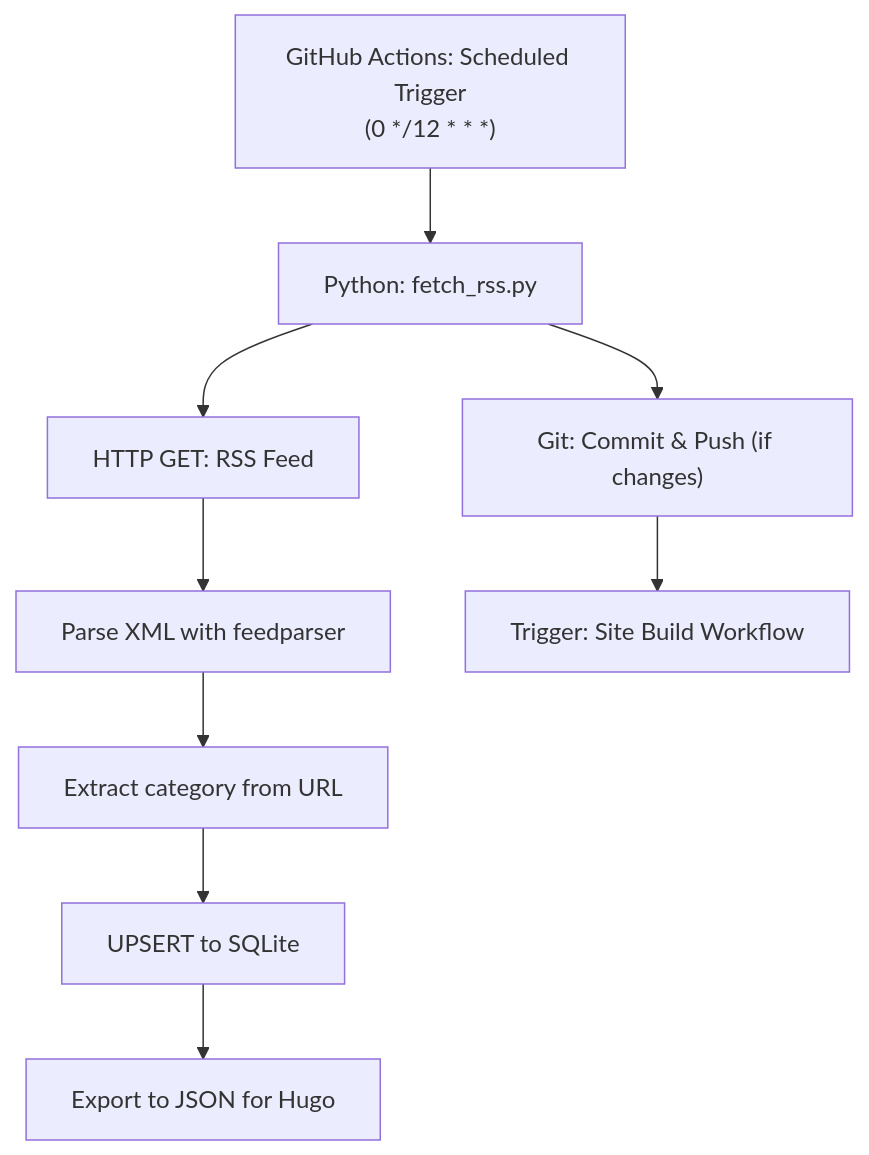
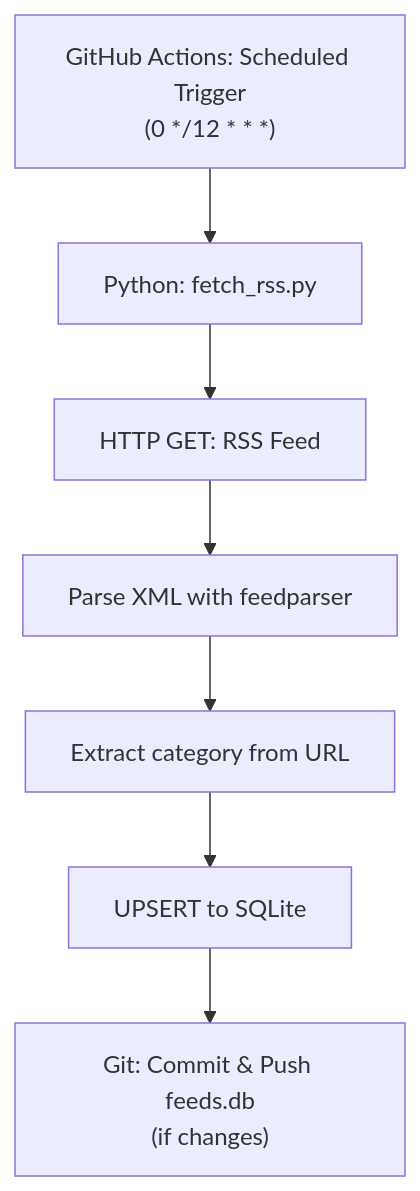
The second of 3 diagrams in docs/spec/architecture.md (openjny/microsoft-blog-reader), drawn with Mermaid before and after one commit. The commit also changed other lines of this file and 2 other files, not shown here.

Commit message:
docs: update spec for Astro architecture

````diff
--- a/docs/spec/architecture.md
+++ b/docs/spec/architecture.md
@@ -45,21 +78,17 @@
 ```mermaid
 flowchart TD
     A["GitHub Actions: Scheduled Trigger\n(0 */12 * * *)"]
     B["Python: fetch_rss.py"]
     C["HTTP GET: RSS Feed"]
     D["Parse XML with feedparser"]
     E["Extract category from URL"]
     F["UPSERT to SQLite"]
-    G["Export to JSON for Hugo"]
-    H["Git: Commit & Push (if changes)"]
-    I["Trigger: Site Build Workflow"]
+    G["Git: Commit & Push feeds.db\n(if changes)"]
 
     A --> B
     B --> C
     C --> D
     D --> E
     E --> F
     F --> G
-    B --> H
-    H --> I
 ```
````
